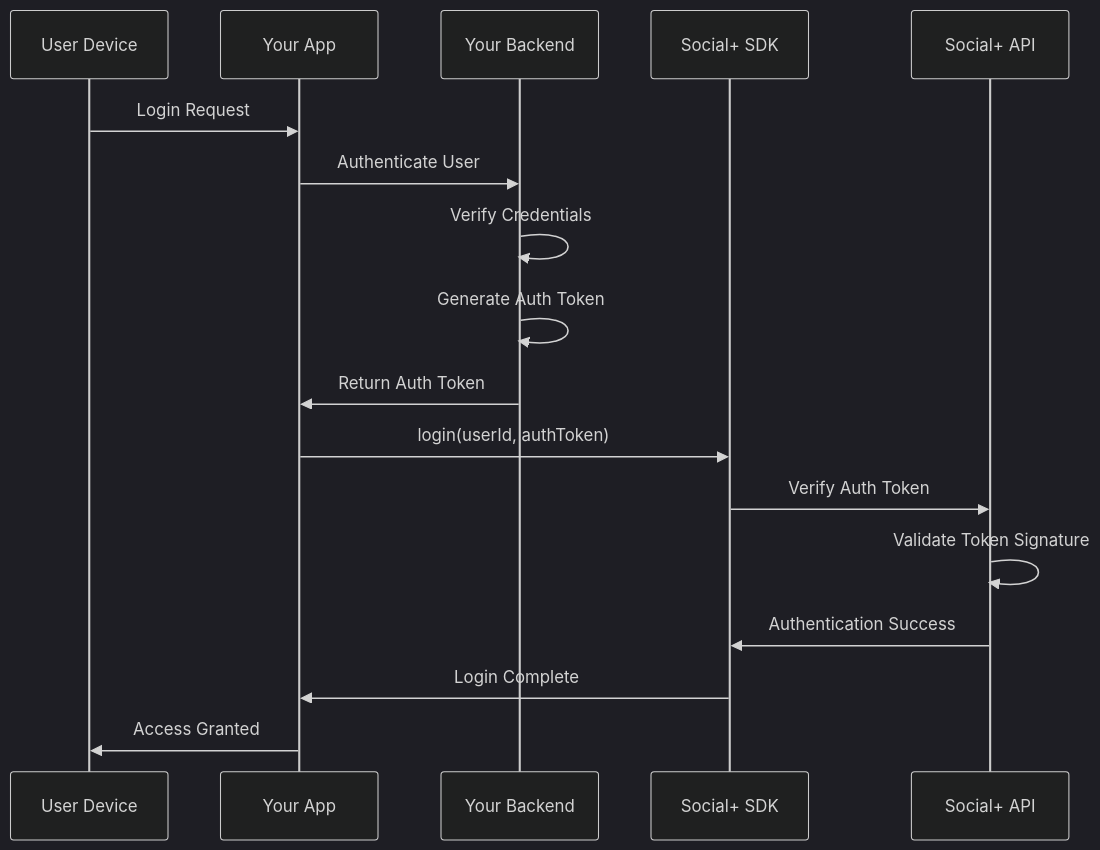
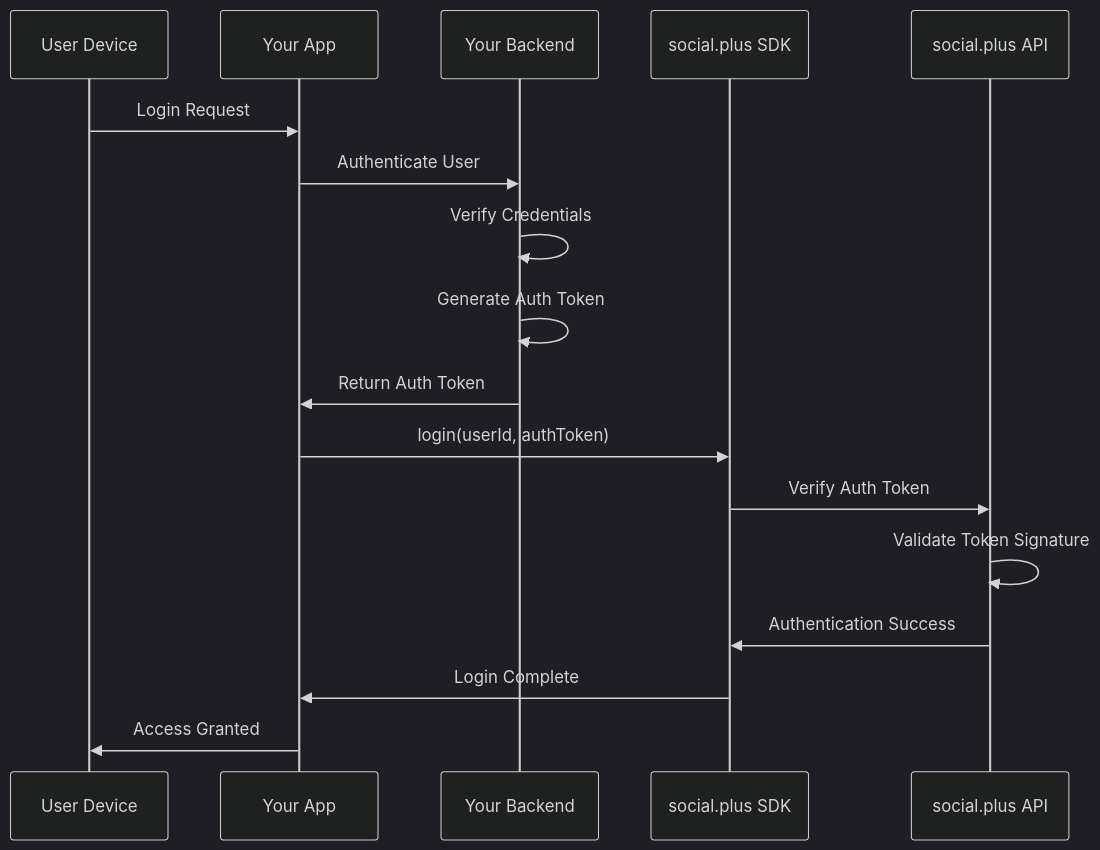
Before and after one commit to AmityCo/social-plus-docs: the diagram in social-plus-sdk/getting-started/authentication.mdx, drawn with Mermaid (dark theme). The commit also changed other lines of this file and 226 other files, not shown here.

Commit message:
feat: rebrand to social.plus

````diff
--- a/social-plus-sdk/getting-started/authentication.mdx
+++ b/social-plus-sdk/getting-started/authentication.mdx
@@ -51,20 +51,20 @@
 ```mermaid
 sequenceDiagram
     participant User as User Device
     participant App as Your App
     participant Backend as Your Backend
-    participant Social as Social+ SDK
-    participant SocialAPI as Social+ API
+    participant Social as social.plus SDK
+    participant SocialAPI as social.plus API
 
     User->>App: Login Request
     App->>Backend: Authenticate User
     Backend->>Backend: Verify Credentials
     Backend->>Backend: Generate Auth Token
     Backend->>App: Return Auth Token
     App->>Social: login(userId, authToken)
     Social->>SocialAPI: Verify Auth Token
     SocialAPI->>SocialAPI: Validate Token Signature
     SocialAPI->>Social: Authentication Success
     Social->>App: Login Complete
     App->>User: Access Granted
 ```
````
